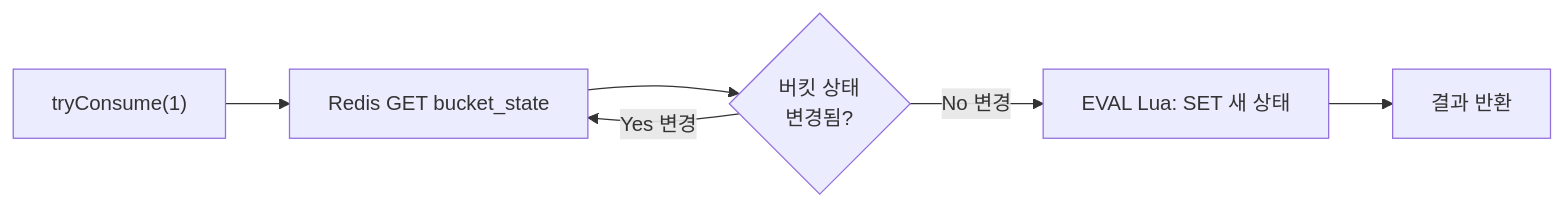
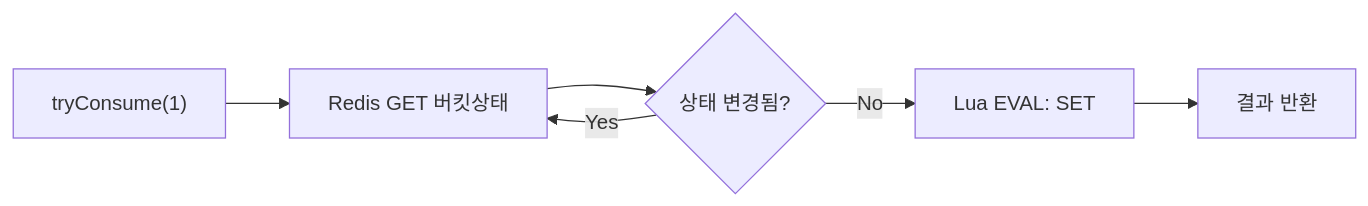
One commit to yjkim2015/yjkim2015.github.io changed the sixth of 10 diagrams in _posts/spring/2026-05-01-rate-limiting.md. Above: the diagram before and after it, drawn with Mermaid. The commit also changed other lines of this file and 245 other files, not shown here.

First line of the commit message:
Mermaid 다이어그램 전면 수정 + 면접 포인트 접기/펼치기 + DB 데드락 페이지

````diff
--- a/_posts/spring/2026-05-01-rate-limiting.md
+++ b/_posts/spring/2026-05-01-rate-limiting.md
@@ -476,8 +476,8 @@
 ```mermaid
 graph LR
-    REQ["tryConsume(1)"] --> GET["Redis GET bucket_state"]
-    GET --> CAS{"버킷 상태\n변경됨?"}
-    CAS -->|"No 변경"| UPD["EVAL Lua: SET 새 상태"]
-    CAS -->|"Yes 변경"| GET
+    REQ["tryConsume(1)"] --> GET["Redis GET 버킷상태"]
+    GET --> CAS{"상태 변경됨?"}
+    CAS -->|"No"| UPD["Lua EVAL: SET"]
+    CAS -->|"Yes"| GET
     UPD --> DONE["결과 반환"]
 ```
````
